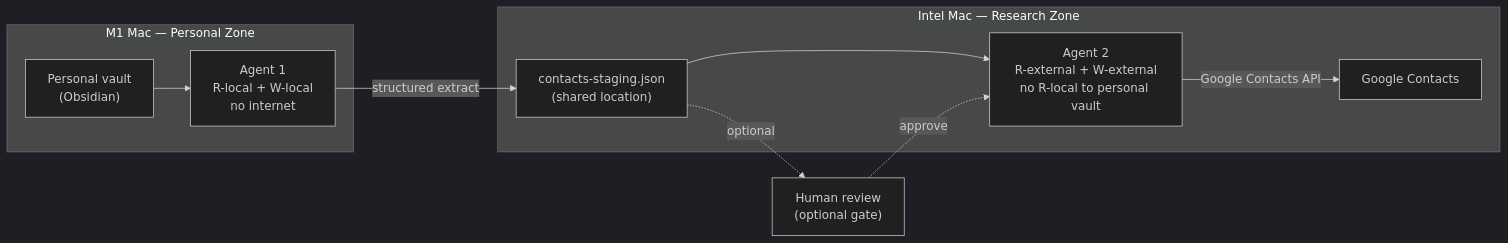
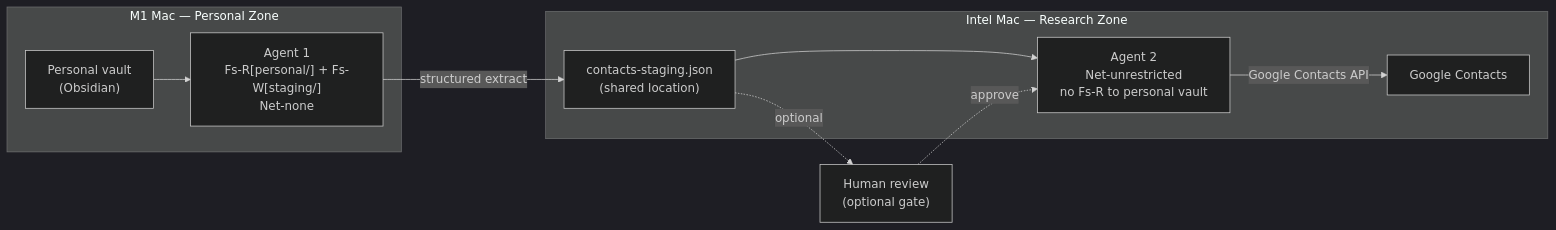
One commit to SiliconSaga/yggdrasil changed the first of 2 diagrams in docs/agent-security/pattern-contact-management.md. Above: the diagram before and after it, drawn with Mermaid (dark theme). The commit also changed other lines of this file and 6 other files, not shown here.

````diff
--- a/docs/agent-security/pattern-contact-management.md
+++ b/docs/agent-security/pattern-contact-management.md
@@ -27,19 +27,19 @@
 ```mermaid
 flowchart LR
     subgraph "M1 Mac — Personal Zone"
         vault["Personal vault<br>(Obsidian)"]
-        agent1["Agent 1<br>R-local + W-local<br>no internet"]
+        agent1["Agent 1<br>Fs-R[personal/] + Fs-W[staging/]<br>Net-none"]
         vault --> agent1
     end
     staging["contacts-staging.json<br>(shared location)"]
     agent1 -->|"structured extract"| staging
     subgraph "Intel Mac — Research Zone"
-        agent2["Agent 2<br>R-external + W-external<br>no R-local to personal vault"]
+        agent2["Agent 2<br>Net-unrestricted<br>no Fs-R to personal vault"]
         contacts["Google Contacts"]
         staging --> agent2
         agent2 -->|"Google Contacts API"| contacts
     end
     human["Human review<br>(optional gate)"]
     staging -.->|"optional"| human
     human -.->|"approve"| agent2
 ```
````
